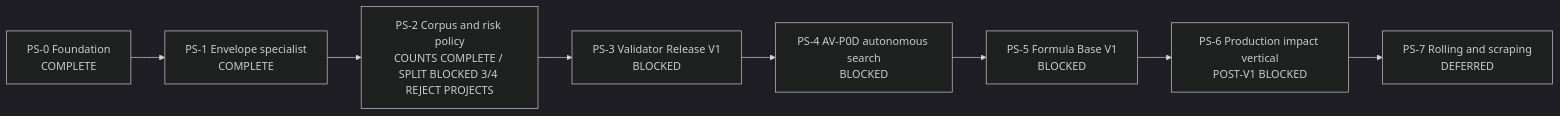
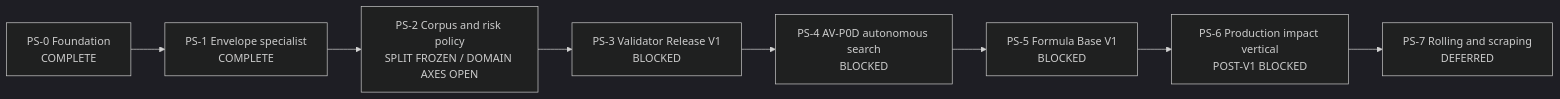
The diagram in docs/plans/physical-sound-synthesis-roadmap.md (kaifaty/NextEngine), drawn with Mermaid (dark theme) before and after one commit. The commit also changed other lines of this file and 12 other files, not shown here.

````diff
--- a/docs/plans/physical-sound-synthesis-roadmap.md
+++ b/docs/plans/physical-sound-synthesis-roadmap.md
@@ -95,10 +95,10 @@
 ```mermaid
 flowchart LR
     PS0["PS-0 Foundation<br/>COMPLETE"] --> PS1["PS-1 Envelope specialist<br/>COMPLETE"]
-    PS1 --> PS2["PS-2 Corpus and risk policy<br/>COUNTS COMPLETE / SPLIT BLOCKED 3/4 REJECT PROJECTS"]
+    PS1 --> PS2["PS-2 Corpus and risk policy<br/>SPLIT FROZEN / DOMAIN AXES OPEN"]
     PS2 --> PS3["PS-3 Validator Release V1<br/>BLOCKED"]
     PS3 --> PS4["PS-4 AV-P0D autonomous search<br/>BLOCKED"]
     PS4 --> PS5["PS-5 Formula Base V1<br/>BLOCKED"]
     PS5 --> PS6["PS-6 Production impact vertical<br/>POST-V1 BLOCKED"]
     PS6 --> PS7["PS-7 Rolling and scraping<br/>DEFERRED"]
 ```
````
